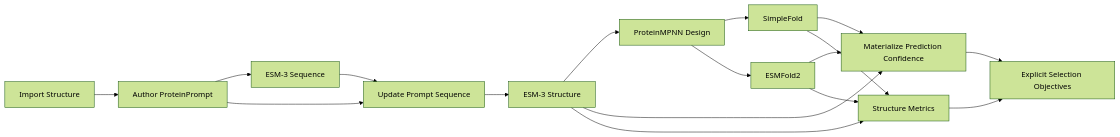
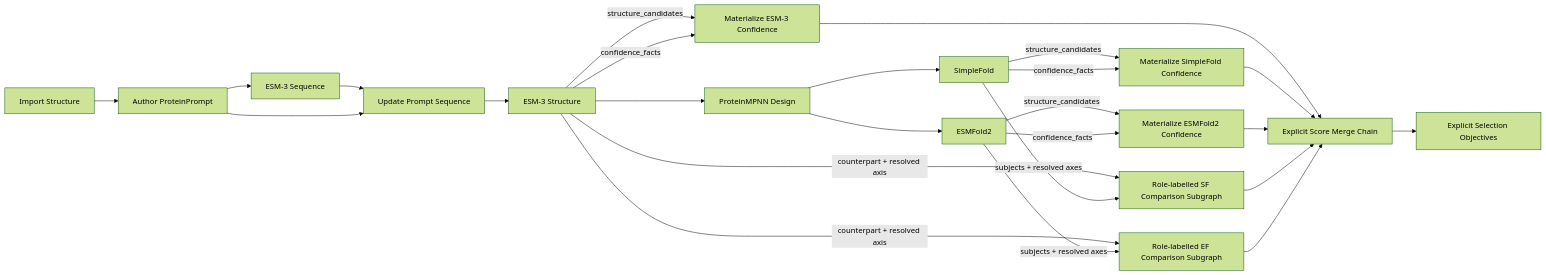
The third of 3 diagrams in docs/protein_workbench_architecture.md (natsusorahoshinochan-max/modules-ESM), drawn with Mermaid (forest theme) before and after one commit. The commit also changed other lines of this file and 4 other files, not shown here.

````diff
--- a/docs/protein_workbench_architecture.md
+++ b/docs/protein_workbench_architecture.md
@@ -720,19 +720,30 @@
 ```mermaid
 flowchart LR
     INPUT["Import Structure"] --> PROMPT["Author ProteinPrompt"]
     PROMPT --> ESMSEQ["ESM-3 Sequence"]
     ESMSEQ --> UPDATE["Update Prompt Sequence"]
     PROMPT --> UPDATE
     UPDATE --> ESMSTRUCT["ESM-3 Structure"]
     ESMSTRUCT --> MPNN["ProteinMPNN Design"]
     MPNN --> SF["SimpleFold"]
     MPNN --> EF["ESMFold2"]
-    SF --> CONF["Materialize Prediction Confidence"]
-    EF --> CONF
-    ESMSTRUCT --> CONF
-    SF --> CMP["Structure Metrics"]
-    EF --> CMP
-    ESMSTRUCT --> CMP
-    CONF --> SELECT
-    CMP --> SELECT["Explicit Selection Objectives"]
+
+    ESMSTRUCT -- structure_candidates --> CONF_ESM["Materialize ESM-3 Confidence"]
+    ESMSTRUCT -- confidence_facts --> CONF_ESM
+    SF -- structure_candidates --> CONF_SF["Materialize SimpleFold Confidence"]
+    SF -- confidence_facts --> CONF_SF
+    EF -- structure_candidates --> CONF_EF["Materialize ESMFold2 Confidence"]
+    EF -- confidence_facts --> CONF_EF
+
+    ESMSTRUCT -- counterpart + resolved axis --> CMP_SF["Role-labelled SF Comparison Subgraph"]
+    SF -- subjects + resolved axes --> CMP_SF
+    ESMSTRUCT -- counterpart + resolved axis --> CMP_EF["Role-labelled EF Comparison Subgraph"]
+    EF -- subjects + resolved axes --> CMP_EF
+
+    CONF_ESM --> MERGE["Explicit Score Merge Chain"]
+    CONF_SF --> MERGE
+    CONF_EF --> MERGE
+    CMP_SF --> MERGE
+    CMP_EF --> MERGE
+    MERGE --> SELECT["Explicit Selection Objectives"]
 ```
````
